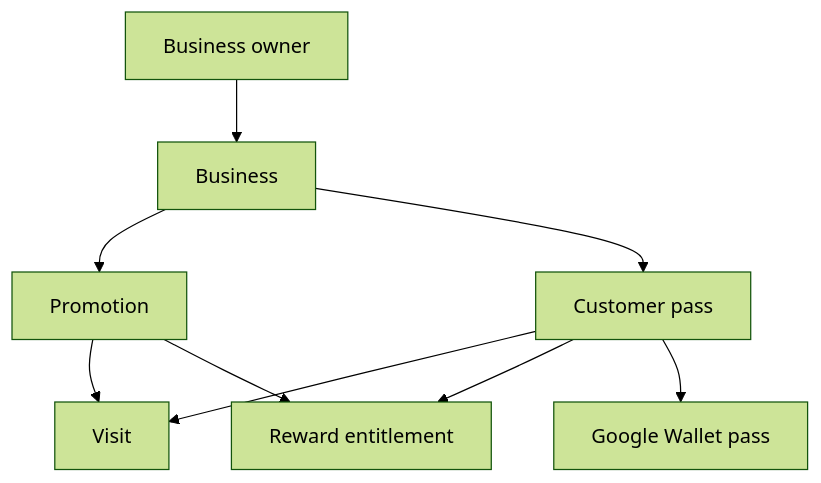
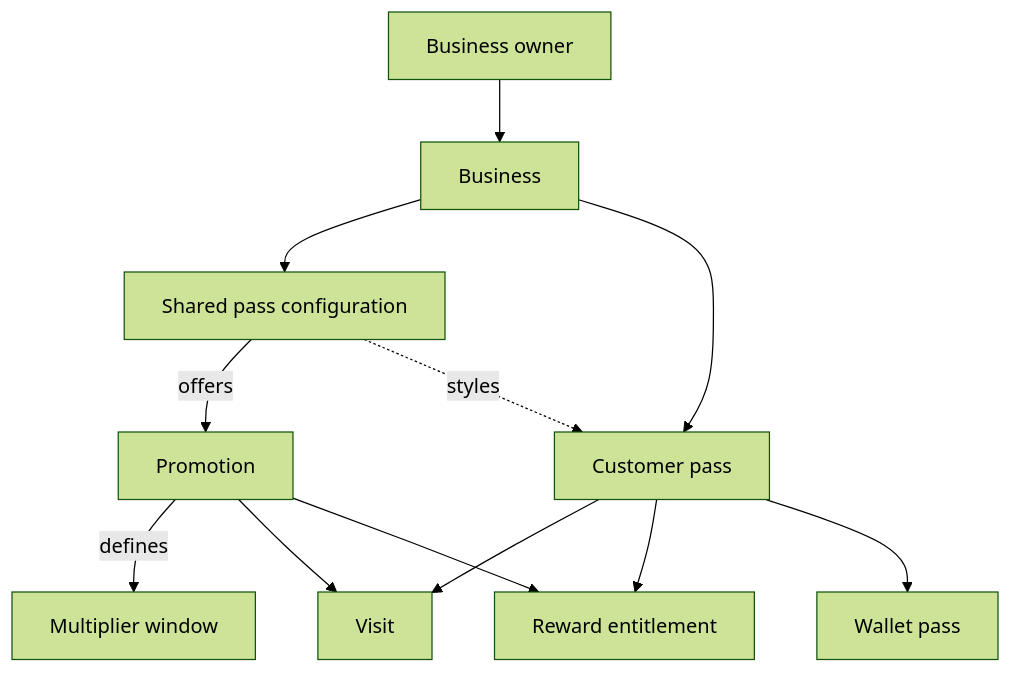
The first of 2 diagrams in docs/conceptual-design.md (spardobo/fidelitopass), drawn with Mermaid (forest theme) before and after one commit. The commit also changed other lines of this file and 7 other files, not shown here.

Commit message:
docs(concept): align shared pass and multiplier terminology (#122)

````diff
--- a/docs/conceptual-design.md
+++ b/docs/conceptual-design.md
@@ -60,11 +63,14 @@
 ```mermaid
 flowchart TB
     U[Business owner] --> B[Business]
-    B --> C[Promotion]
+    B --> S[Shared pass configuration]
+    S -->|offers| C[Promotion]
     B --> P[Customer pass]
+    S -.->|styles| P
+    C -->|defines| X[Multiplier window]
     P --> V[Visit]
     C --> V
     C --> E[Reward entitlement]
     P --> E
-    P --> W[Google Wallet pass]
+    P --> W[Wallet pass]
 ```
````
